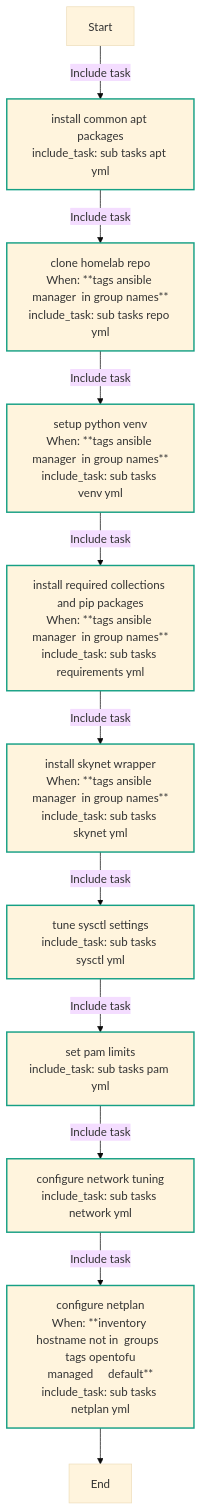
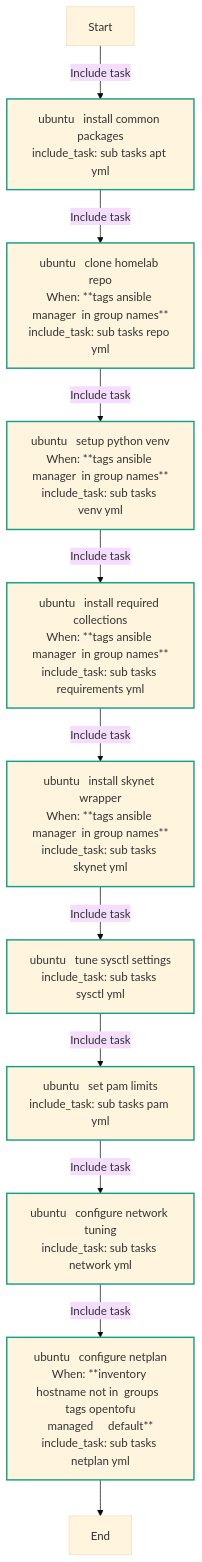
The first of 10 diagrams in ansible/roles/ubuntu/README.md (Lebowski89/homelab), drawn with Mermaid (base theme) before and after one commit. The commit also changed other lines of this file and 1 other file, not shown here.

Commit message:
refactor(ubuntu): prefix role task names

````diff
--- a/ansible/roles/ubuntu/README.md
+++ b/ansible/roles/ubuntu/README.md
@@ -220,23 +220,23 @@
 ```mermaid
 flowchart TD
 Start
 classDef block stroke:#3498db,stroke-width:2px;
 classDef task stroke:#4b76bb,stroke-width:2px;
 classDef includeTasks stroke:#16a085,stroke-width:2px;
 classDef importTasks stroke:#34495e,stroke-width:2px;
 classDef includeRole stroke:#2980b9,stroke-width:2px;
 classDef importRole stroke:#699ba7,stroke-width:2px;
 classDef includeVars stroke:#8e44ad,stroke-width:2px;
 classDef rescue stroke:#665352,stroke-width:2px;
 
-  Start-->|Include task| Install_common_apt_packages_sub_tasks_apt_yml_0[install common apt packages<br>include_task: sub tasks apt yml]:::includeTasks
-  Install_common_apt_packages_sub_tasks_apt_yml_0-->|Include task| Clone_Homelab_repo_sub_tasks_repo_yml_1[clone homelab repo<br>When: **tags ansible manager  in group names**<br>include_task: sub tasks repo yml]:::includeTasks
-  Clone_Homelab_repo_sub_tasks_repo_yml_1-->|Include task| Setup_Python_venv_sub_tasks_venv_yml_2[setup python venv<br>When: **tags ansible manager  in group names**<br>include_task: sub tasks venv yml]:::includeTasks
-  Setup_Python_venv_sub_tasks_venv_yml_2-->|Include task| Install_required_collections_and_pip_packages_sub_tasks_requirements_yml_3[install required collections and pip packages<br>When: **tags ansible manager  in group names**<br>include_task: sub tasks requirements yml]:::includeTasks
-  Install_required_collections_and_pip_packages_sub_tasks_requirements_yml_3-->|Include task| Install_Skynet_wrapper_sub_tasks_skynet_yml_4[install skynet wrapper<br>When: **tags ansible manager  in group names**<br>include_task: sub tasks skynet yml]:::includeTasks
-  Install_Skynet_wrapper_sub_tasks_skynet_yml_4-->|Include task| Tune_sysctl_settings_sub_tasks_sysctl_yml_5[tune sysctl settings<br>include_task: sub tasks sysctl yml]:::includeTasks
-  Tune_sysctl_settings_sub_tasks_sysctl_yml_5-->|Include task| Set_PAM_limits_sub_tasks_pam_yml_6[set pam limits<br>include_task: sub tasks pam yml]:::includeTasks
-  Set_PAM_limits_sub_tasks_pam_yml_6-->|Include task| Configure_network_tuning_sub_tasks_network_yml_7[configure network tuning<br>include_task: sub tasks network yml]:::includeTasks
-  Configure_network_tuning_sub_tasks_network_yml_7-->|Include task| Configure_Netplan_sub_tasks_netplan_yml_8[configure netplan<br>When: **inventory hostname not in  groups  tags opentofu<br>managed     default**<br>include_task: sub tasks netplan yml]:::includeTasks
-  Configure_Netplan_sub_tasks_netplan_yml_8-->End
+  Start-->|Include task| Ubuntu___Install_common_packages_sub_tasks_apt_yml_0[ubuntu   install common packages<br>include_task: sub tasks apt yml]:::includeTasks
+  Ubuntu___Install_common_packages_sub_tasks_apt_yml_0-->|Include task| Ubuntu___Clone_Homelab_repo_sub_tasks_repo_yml_1[ubuntu   clone homelab repo<br>When: **tags ansible manager  in group names**<br>include_task: sub tasks repo yml]:::includeTasks
+  Ubuntu___Clone_Homelab_repo_sub_tasks_repo_yml_1-->|Include task| Ubuntu___Setup_Python_venv_sub_tasks_venv_yml_2[ubuntu   setup python venv<br>When: **tags ansible manager  in group names**<br>include_task: sub tasks venv yml]:::includeTasks
+  Ubuntu___Setup_Python_venv_sub_tasks_venv_yml_2-->|Include task| Ubuntu___Install_required_collections_sub_tasks_requirements_yml_3[ubuntu   install required collections<br>When: **tags ansible manager  in group names**<br>include_task: sub tasks requirements yml]:::includeTasks
+  Ubuntu___Install_required_collections_sub_tasks_requirements_yml_3-->|Include task| Ubuntu___Install_Skynet_wrapper_sub_tasks_skynet_yml_4[ubuntu   install skynet wrapper<br>When: **tags ansible manager  in group names**<br>include_task: sub tasks skynet yml]:::includeTasks
+  Ubuntu___Install_Skynet_wrapper_sub_tasks_skynet_yml_4-->|Include task| Ubuntu___Tune_sysctl_settings_sub_tasks_sysctl_yml_5[ubuntu   tune sysctl settings<br>include_task: sub tasks sysctl yml]:::includeTasks
+  Ubuntu___Tune_sysctl_settings_sub_tasks_sysctl_yml_5-->|Include task| Ubuntu___Set_PAM_limits_sub_tasks_pam_yml_6[ubuntu   set pam limits<br>include_task: sub tasks pam yml]:::includeTasks
+  Ubuntu___Set_PAM_limits_sub_tasks_pam_yml_6-->|Include task| Ubuntu___Configure_network_tuning_sub_tasks_network_yml_7[ubuntu   configure network tuning<br>include_task: sub tasks network yml]:::includeTasks
+  Ubuntu___Configure_network_tuning_sub_tasks_network_yml_7-->|Include task| Ubuntu___Configure_Netplan_sub_tasks_netplan_yml_8[ubuntu   configure netplan<br>When: **inventory hostname not in  groups  tags opentofu<br>managed     default**<br>include_task: sub tasks netplan yml]:::includeTasks
+  Ubuntu___Configure_Netplan_sub_tasks_netplan_yml_8-->End
 ```
````
